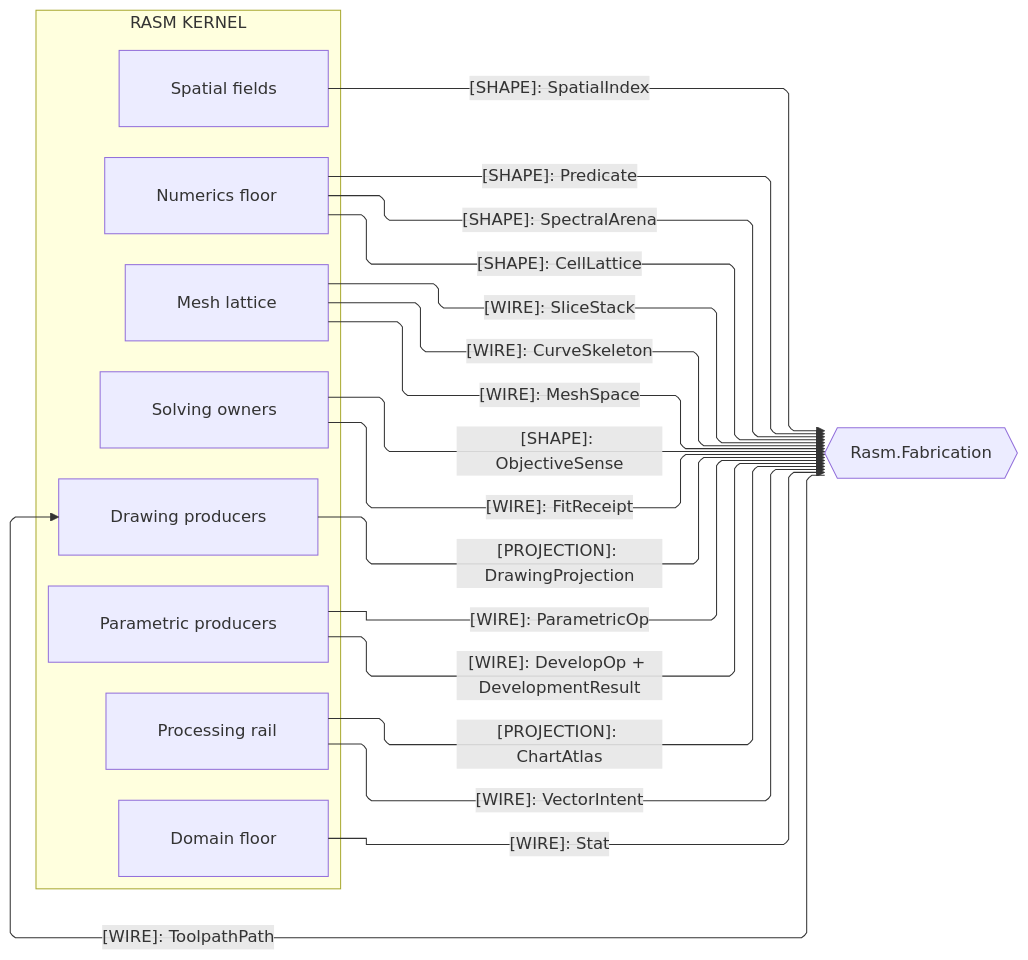
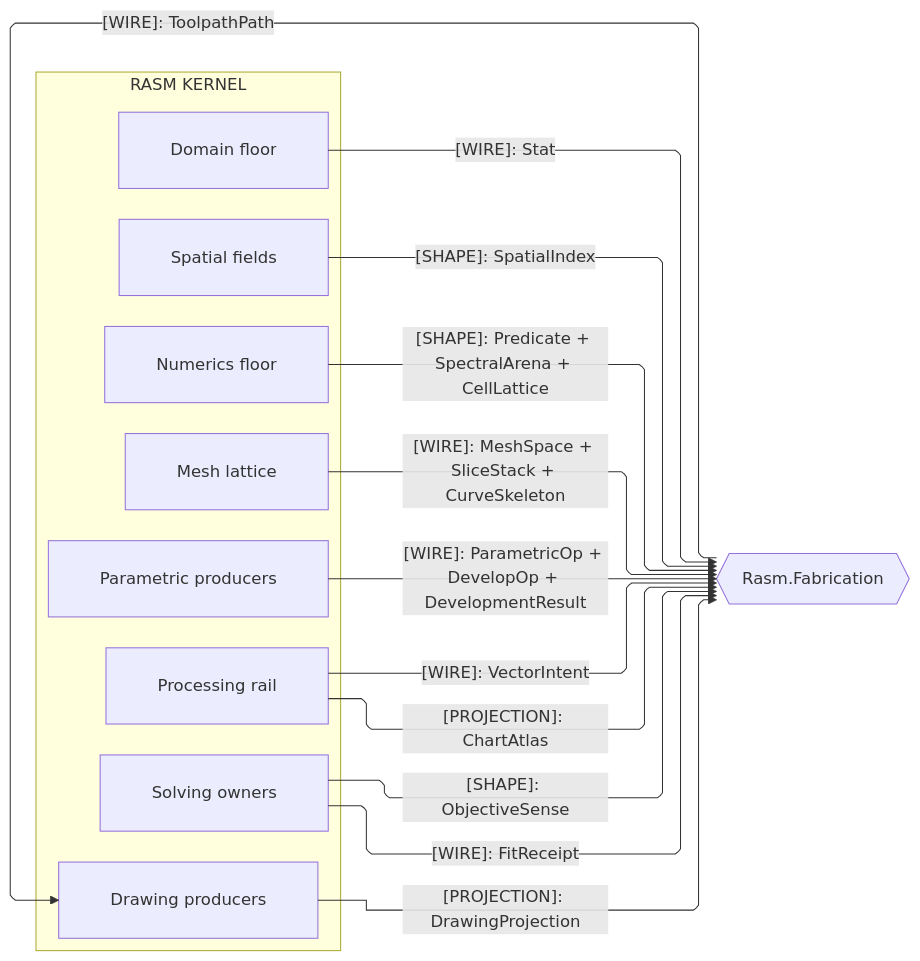
One commit to bsamiee/Rasm changed the third of 4 diagrams in libs/csharp/Rasm/ARCHITECTURE.md. Above: the diagram before and after it, drawn with Mermaid. The commit also changed other lines of this file and 56 other files, not shown here.

````diff
--- a/libs/csharp/Rasm/ARCHITECTURE.md
+++ b/libs/csharp/Rasm/ARCHITECTURE.md
@@ -254,39 +246,34 @@
 ```mermaid
 ---
 config:
   layout: elk
   flowchart:
     curve: linear
     padding: 25
 ---
 flowchart LR
     accTitle: Kernel fabrication seams
     accDescr: Kernel owners projecting substrate, algorithm, and drawing shapes to the fabrication peer and reading its posted toolpath pack back.
     subgraph rasm[RASM KERNEL]
         Domain[Domain floor]
         Spatial[Spatial fields]
         Numerics[Numerics floor]
         Meshing[Mesh lattice]
         Parametric[Parametric producers]
         Processing[Processing rail]
         Solving[Solving owners]
         Drawing[Drawing producers]
     end
     Fabrication{{Rasm.Fabrication}}
-    Spatial e1@-->|"[SHAPE]: SpatialIndex"| Fabrication
-    Numerics e2@-->|"[SHAPE]: Predicate"| Fabrication
-    Numerics e3@-->|"[SHAPE]: SpectralArena"| Fabrication
-    Numerics e4@-->|"[SHAPE]: CellLattice"| Fabrication
-    Meshing e5@-->|"[WIRE]: SliceStack"| Fabrication
-    Meshing e6@-->|"[WIRE]: CurveSkeleton"| Fabrication
-    Parametric e7@-->|"[WIRE]: ParametricOp"| Fabrication
-    Processing e8@-->|"[PROJECTION]: ChartAtlas"| Fabrication
-    Drawing e9@-->|"[PROJECTION]: DrawingProjection"| Fabrication
-    Meshing e10@-->|"[WIRE]: MeshSpace"| Fabrication
-    Parametric e11@-->|"[WIRE]: DevelopOp + DevelopmentResult"| Fabrication
-    Processing e12@-->|"[WIRE]: VectorIntent"| Fabrication
-    Domain e13@-->|"[WIRE]: Stat"| Fabrication
-    Solving e14@-->|"[WIRE]: FitReceipt"| Fabrication
-    Fabrication e15@-->|"[WIRE]: ToolpathPath"| Drawing
-    Solving e16@-->|"[SHAPE]: ObjectiveSense"| Fabrication
+    Domain e1@-->|"[WIRE]: Stat"| Fabrication
+    Spatial e2@-->|"[SHAPE]: SpatialIndex"| Fabrication
+    Numerics e3@-->|"[SHAPE]: Predicate + SpectralArena + CellLattice"| Fabrication
+    Meshing e4@-->|"[WIRE]: MeshSpace + SliceStack + CurveSkeleton"| Fabrication
+    Parametric e5@-->|"[WIRE]: ParametricOp + DevelopOp + DevelopmentResult"| Fabrication
+    Processing e6@-->|"[WIRE]: VectorIntent"| Fabrication
+    Processing e7@-->|"[PROJECTION]: ChartAtlas"| Fabrication
+    Solving e8@-->|"[SHAPE]: ObjectiveSense"| Fabrication
+    Solving e9@-->|"[WIRE]: FitReceipt"| Fabrication
+    Drawing e10@-->|"[PROJECTION]: DrawingProjection"| Fabrication
+    Fabrication e11@-->|"[WIRE]: ToolpathPath"| Drawing
 ```
````
